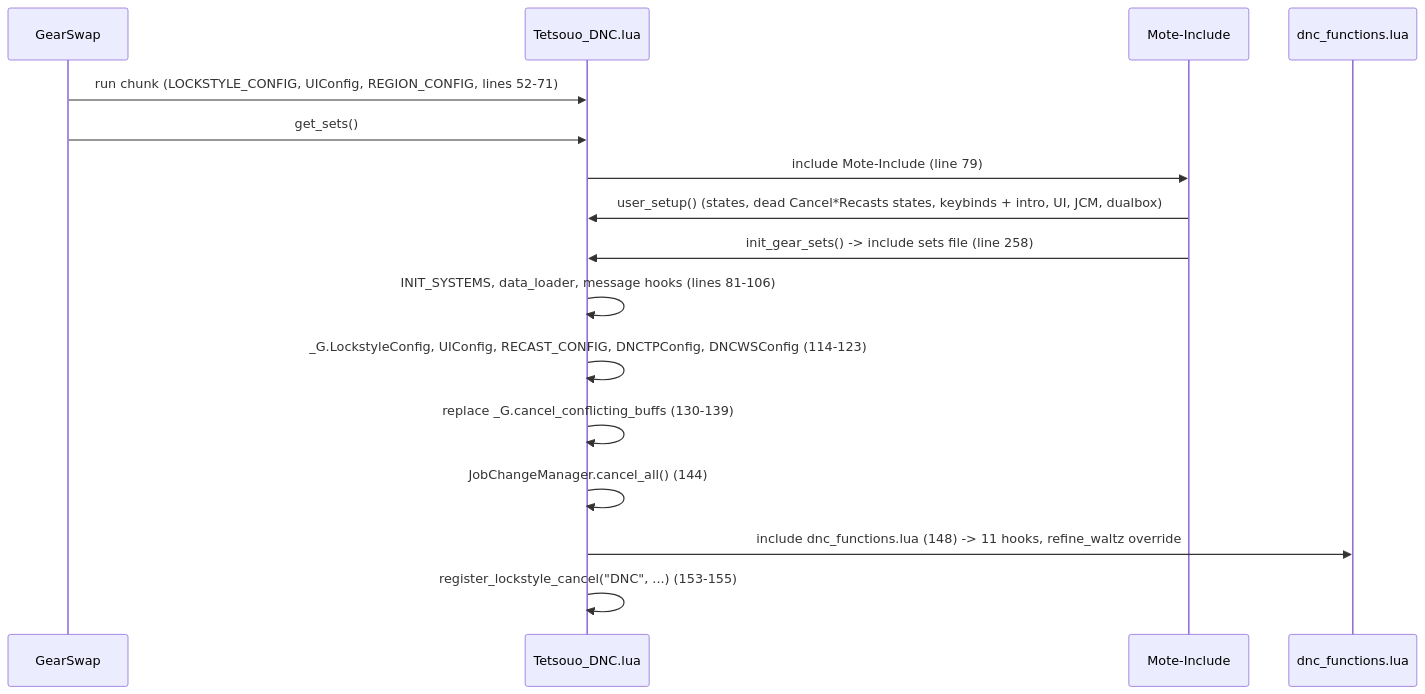
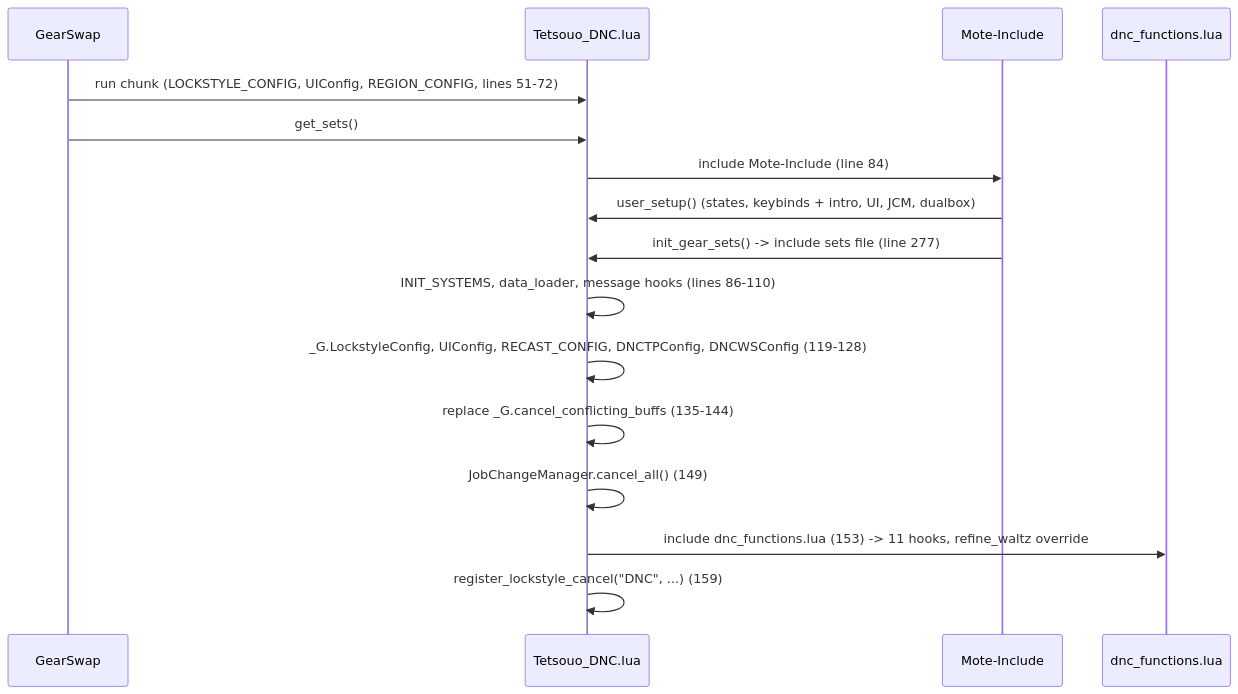
One commit to ejouanchicot/Gearswap changed the first of 3 diagrams in docs/dev/jobs/dnc.md. Above: the diagram before and after it, drawn with Mermaid. The commit also changed other lines of this file and 81 other files, not shown here.

````diff
--- a/docs/dev/jobs/dnc.md
+++ b/docs/dev/jobs/dnc.md
@@ -86,18 +92,18 @@
 ```mermaid
 sequenceDiagram
     participant GS as GearSwap
     participant E as Tetsouo_DNC.lua
     participant M as Mote-Include
     participant F as dnc_functions.lua
-    GS->>E: run chunk (LOCKSTYLE_CONFIG, UIConfig, REGION_CONFIG, lines 52-71)
+    GS->>E: run chunk (LOCKSTYLE_CONFIG, UIConfig, REGION_CONFIG, lines 51-72)
     GS->>E: get_sets()
-    E->>M: include Mote-Include (line 79)
-    M->>E: user_setup() (states, dead Cancel*Recasts states, keybinds + intro, UI, JCM, dualbox)
-    M->>E: init_gear_sets() -> include sets file (line 258)
-    E->>E: INIT_SYSTEMS, data_loader, message hooks (lines 81-106)
-    E->>E: _G.LockstyleConfig, UIConfig, RECAST_CONFIG, DNCTPConfig, DNCWSConfig (114-123)
-    E->>E: replace _G.cancel_conflicting_buffs (130-139)
-    E->>E: JobChangeManager.cancel_all() (144)
-    E->>F: include dnc_functions.lua (148) -> 11 hooks, refine_waltz override
-    E->>E: register_lockstyle_cancel("DNC", ...) (153-155)
+    E->>M: include Mote-Include (line 84)
+    M->>E: user_setup() (states, keybinds + intro, UI, JCM, dualbox)
+    M->>E: init_gear_sets() -> include sets file (line 277)
+    E->>E: INIT_SYSTEMS, data_loader, message hooks (lines 86-110)
+    E->>E: _G.LockstyleConfig, UIConfig, RECAST_CONFIG, DNCTPConfig, DNCWSConfig (119-128)
+    E->>E: replace _G.cancel_conflicting_buffs (135-144)
+    E->>E: JobChangeManager.cancel_all() (149)
+    E->>F: include dnc_functions.lua (153) -> 11 hooks, refine_waltz override
+    E->>E: register_lockstyle_cancel("DNC", ...) (159)
 ```
````
